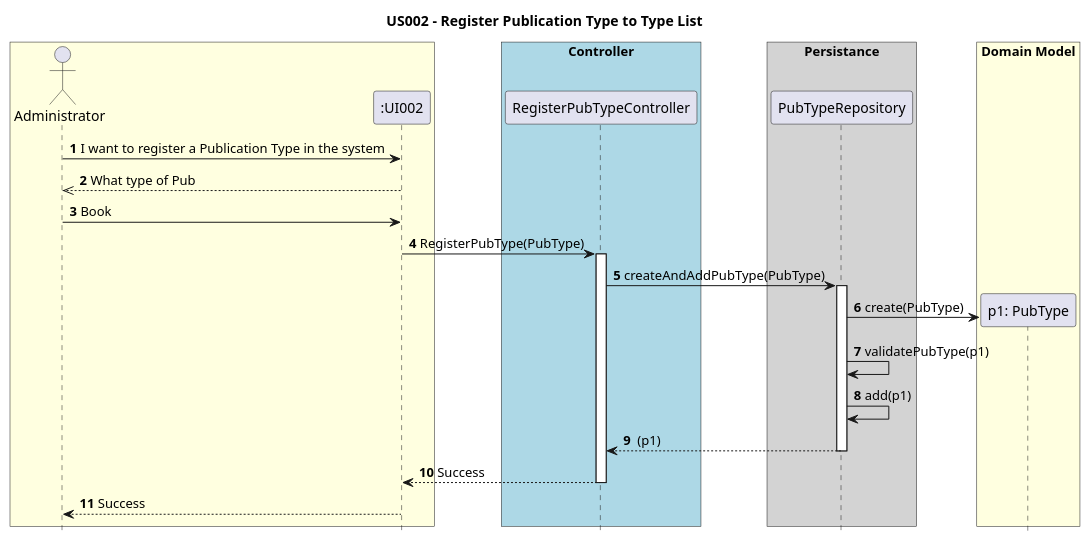
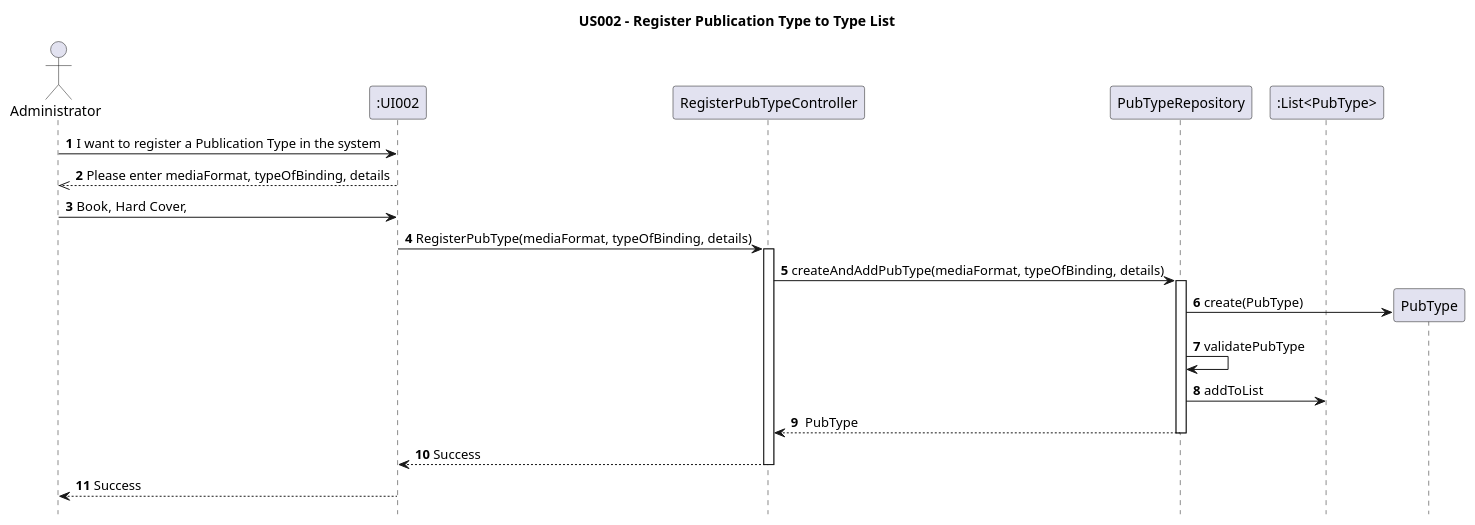
One commit to AndrePereiraGitH/SWitCH-Project-Team_A changed the diagram in Diagrams/SequenceDiagrams/N2/US002 To Add a publication type to type list.puml. Above: the diagram before and after it, drawn with PlantUML. The commit also changed 4 other files, not shown here.

Commit message:
Add and update UML for US002 & US006

```diff
--- a/Diagrams/SequenceDiagrams/N2/US002 To Add a publication type to type list.puml
+++ b/Diagrams/SequenceDiagrams/N2/US002 To Add a publication type to type list.puml
@@ -1,49 +1,43 @@
 @startuml
 hide footbox
 title US002 - Register Publication Type to Type List
 
-box #Lightyellow
 actor Administrator
 participant ":UI002" as UI
-end box
 
 
 ' Human contact between Administrator and UI
 Administrator -> UI : **1** I want to register a Publication Type in the system
-UI -->> Administrator : **2** What type of Pub
-Administrator -> UI : **3** Book
+UI -->> Administrator : **2** Please enter mediaFormat, typeOfBinding, details
+Administrator -> UI : **3** Book, Hard Cover,
 
 ' First contact between UI and the System
-box "Controller" #LightBlue
-UI -> RegisterPubTypeController : **4** RegisterPubType(PubType)
+UI -> RegisterPubTypeController : **4** RegisterPubType(mediaFormat, typeOfBinding, details)
 activate RegisterPubTypeController
-end box
 
-box "Persistance" #LightGrey
-RegisterPubTypeController -> PubTypeRepository : **5** createAndAddPubType(PubType)
+RegisterPubTypeController -> PubTypeRepository : **5** createAndAddPubType(mediaFormat, typeOfBinding, details)
 activate PubTypeRepository
-end box
 
-box "Domain Model" #LightYellow
+participant ":List<PubType>" as LT
+
 ' Creation of p1 instance from User class
-create "p1: PubType" as PubType
-end box
+create "PubType" as PubType
 
 ' Creation, validation and addition
 PubTypeRepository -> PubType : **6** create(PubType)
-PubTypeRepository -> PubTypeRepository : **7** validatePubType(p1)
-PubTypeRepository -> PubTypeRepository : **8** add(p1)
+PubTypeRepository -> PubTypeRepository : **7** validatePubType
+PubTypeRepository -> LT: **8** addToList
 
 
 ' Return from PubTypeRepository to RegisterPubTypeController
-PubTypeRepository --> RegisterPubTypeController : **9**  (p1)
+PubTypeRepository --> RegisterPubTypeController : **9**  PubType
 deactivate PubTypeRepository
 
 ' Return from RegisterUserController to UI
 RegisterPubTypeController --> UI : **10** Success
 deactivate RegisterPubTypeController
 
 ' Return from UI to Administrator
 UI --> Administrator : **11** Success
 
 @enduml
```
